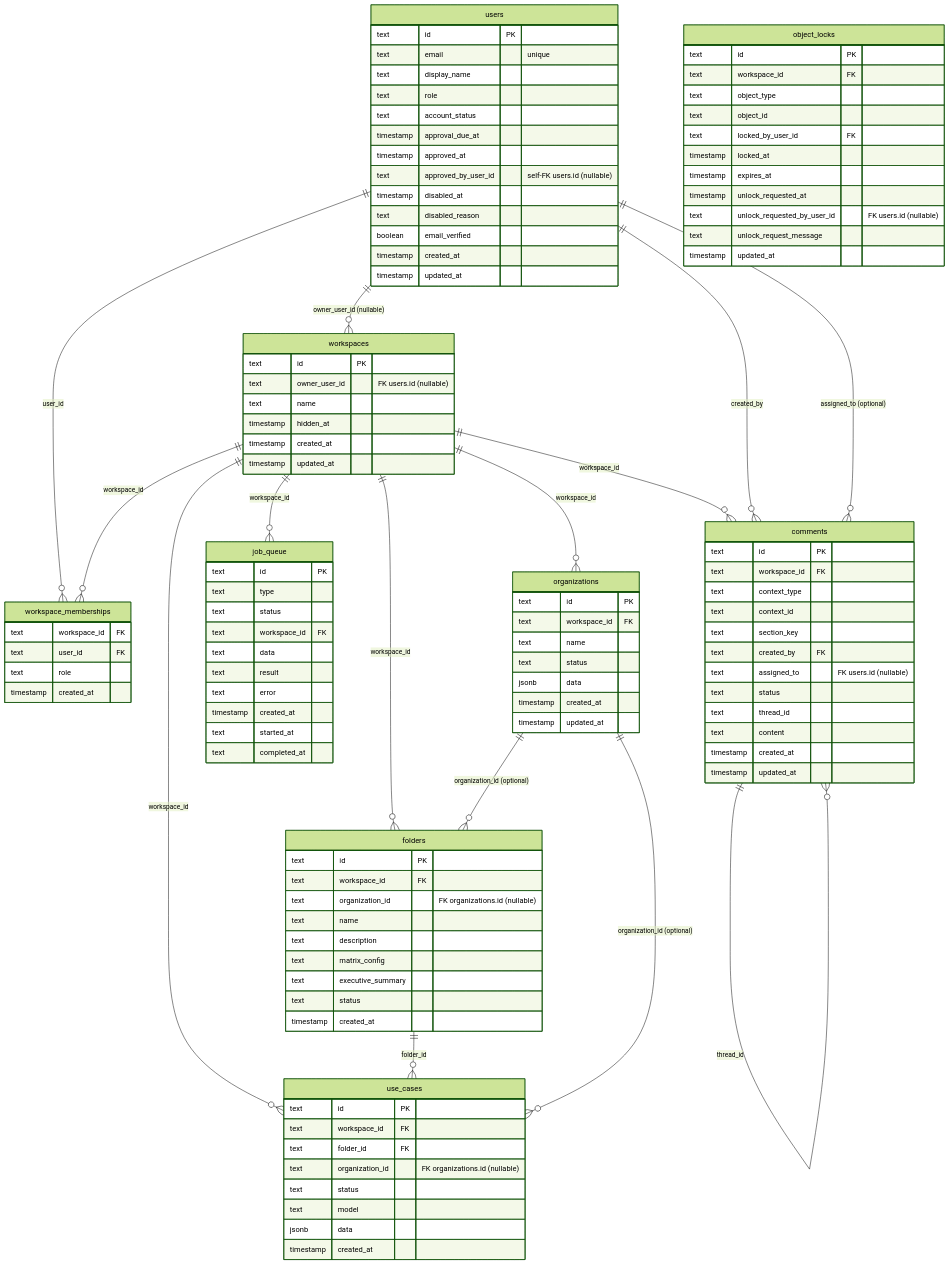
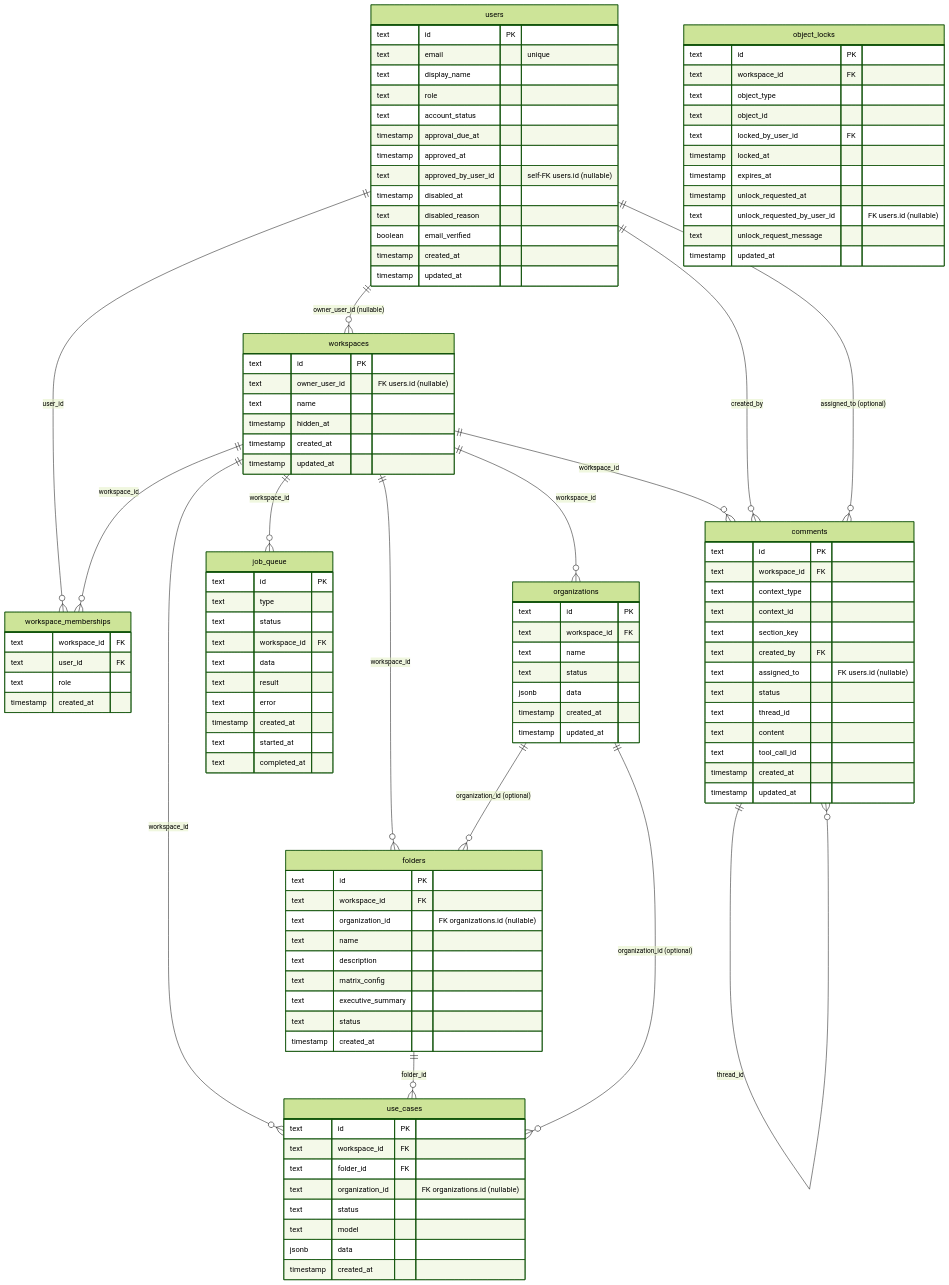
One commit to rhanka/sentropic changed the first of 3 diagrams in spec/DATA_MODEL.md. Above: the diagram before and after it, drawn with Mermaid (forest theme). The commit also changed other lines of this file and 6 other files, not shown here.

```diff
--- a/spec/DATA_MODEL.md
+++ b/spec/DATA_MODEL.md
@@ -127,6 +127,7 @@
         text status
         text thread_id
         text content
+        text tool_call_id
         timestamp created_at
         timestamp updated_at
     }
```
